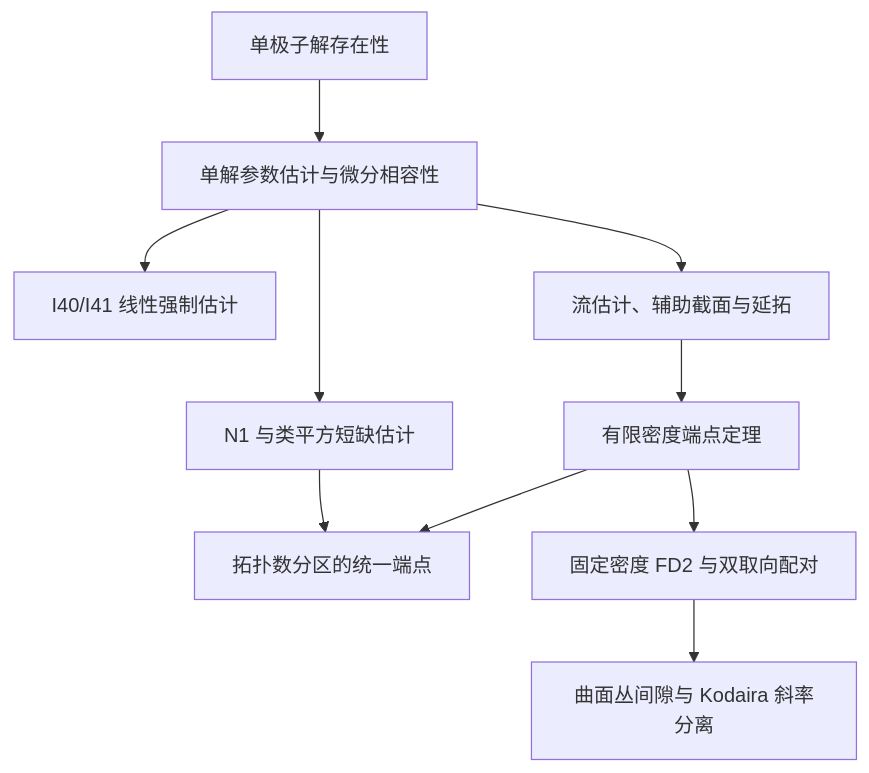
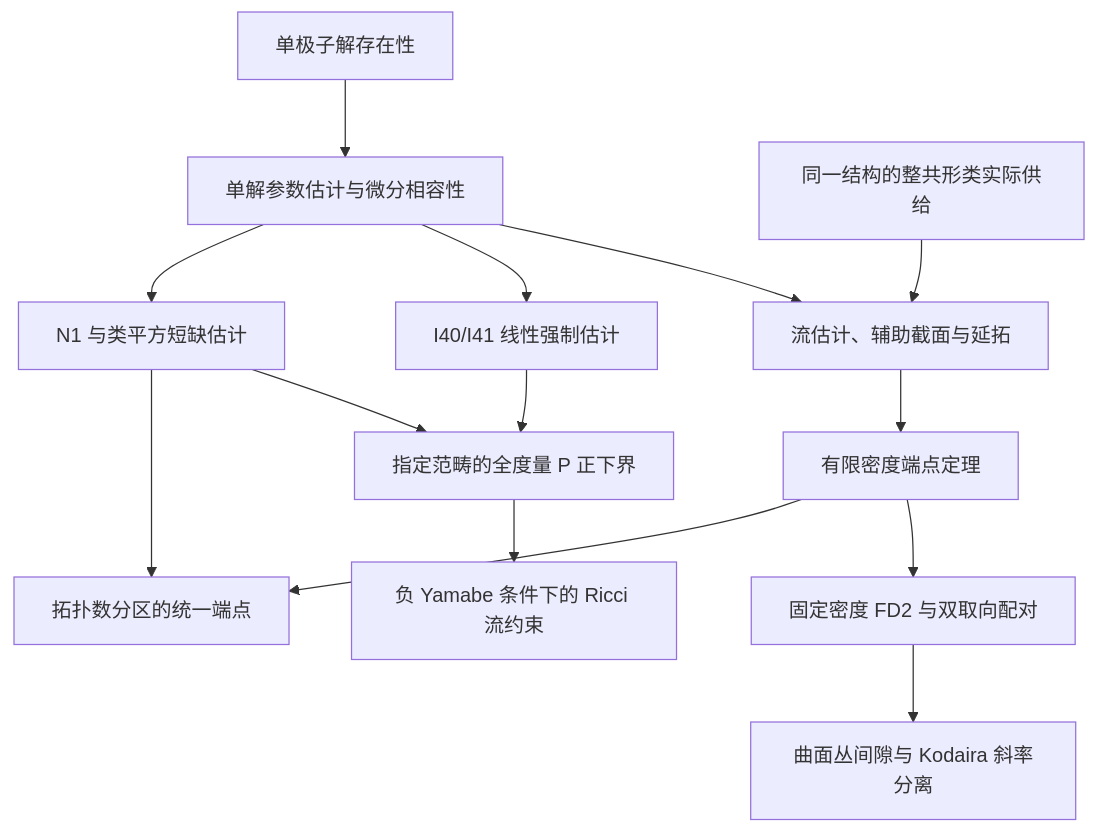
Before and after one commit to Cherish0925/Geometric-Analysis: the diagram in docs/RESEARCH_MAP.md, drawn with Mermaid. The commit also changed other lines of this file and 13 other files, not shown here.

````diff
--- a/docs/RESEARCH_MAP.md
+++ b/docs/RESEARCH_MAP.md
@@ -7,12 +7,16 @@
 ```mermaid
 flowchart TD
   S["单极子解存在性"] --> A["单解参数估计与微分相容性"]
   A --> N["N1 与类平方短缺估计"]
   A --> I["I40/I41 线性强制估计"]
   A --> R["流估计、辅助截面与延拓"]
+  CS["同一结构的整共形类实际供给"] --> R
   R --> F["有限密度端点定理"]
   N --> G["拓扑数分区的统一端点"]
   F --> G
   F --> B["固定密度 FD2 与双取向配对"]
   B --> K["曲面丛间隙与 Kodaira 斜率分离"]
+  N --> P["指定范畴的全度量 P 正下界"]
+  I --> P
+  P --> RF["负 Yamabe 条件下的 Ricci 流约束"]
 ```
````
